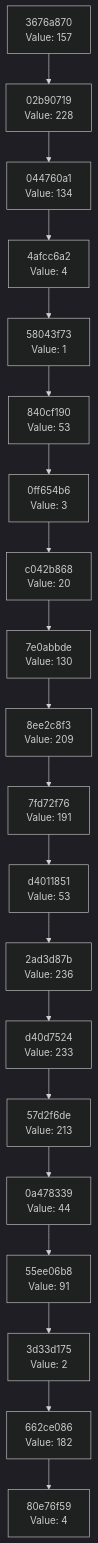
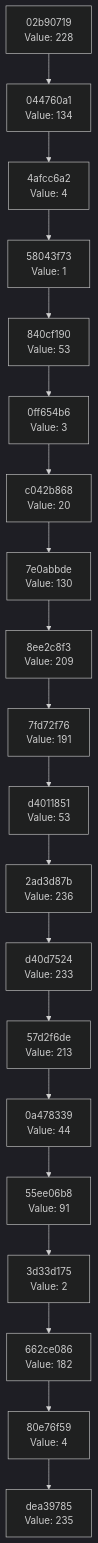
One commit to Abhisheksinha1506/hash-chain-evolver changed the diagram in docs/CHAIN_VISUALIZATION.md. Above: the diagram before and after it, drawn with Mermaid (dark theme). The commit also changed 2 other files, not shown here.

Commit message:
Evolution Step

````diff
--- a/docs/CHAIN_VISUALIZATION.md
+++ b/docs/CHAIN_VISUALIZATION.md
@@ -3,42 +3,42 @@
 ```mermaid
 graph TD
-    C0["80e76f59<br/>Value: 4"]
-    C1["662ce086<br/>Value: 182"]
+    C0["dea39785<br/>Value: 235"]
+    C1["80e76f59<br/>Value: 4"]
     C1 --> C0
-    C2["3d33d175<br/>Value: 2"]
+    C2["662ce086<br/>Value: 182"]
     C2 --> C1
-    C3["55ee06b8<br/>Value: 91"]
+    C3["3d33d175<br/>Value: 2"]
     C3 --> C2
-    C4["0a478339<br/>Value: 44"]
+    C4["55ee06b8<br/>Value: 91"]
     C4 --> C3
-    C5["57d2f6de<br/>Value: 213"]
+    C5["0a478339<br/>Value: 44"]
     C5 --> C4
-    C6["d40d7524<br/>Value: 233"]
+    C6["57d2f6de<br/>Value: 213"]
     C6 --> C5
-    C7["2ad3d87b<br/>Value: 236"]
+    C7["d40d7524<br/>Value: 233"]
     C7 --> C6
-    C8["d4011851<br/>Value: 53"]
+    C8["2ad3d87b<br/>Value: 236"]
     C8 --> C7
-    C9["7fd72f76<br/>Value: 191"]
+    C9["d4011851<br/>Value: 53"]
     C9 --> C8
-    C10["8ee2c8f3<br/>Value: 209"]
+    C10["7fd72f76<br/>Value: 191"]
     C10 --> C9
-    C11["7e0abbde<br/>Value: 130"]
+    C11["8ee2c8f3<br/>Value: 209"]
     C11 --> C10
-    C12["c042b868<br/>Value: 20"]
+    C12["7e0abbde<br/>Value: 130"]
     C12 --> C11
-    C13["0ff654b6<br/>Value: 3"]
+    C13["c042b868<br/>Value: 20"]
     C13 --> C12
-    C14["840cf190<br/>Value: 53"]
+    C14["0ff654b6<br/>Value: 3"]
     C14 --> C13
-    C15["58043f73<br/>Value: 1"]
+    C15["840cf190<br/>Value: 53"]
     C15 --> C14
-    C16["4afcc6a2<br/>Value: 4"]
+    C16["58043f73<br/>Value: 1"]
     C16 --> C15
-    C17["044760a1<br/>Value: 134"]
+    C17["4afcc6a2<br/>Value: 4"]
     C17 --> C16
-    C18["02b90719<br/>Value: 228"]
+    C18["044760a1<br/>Value: 134"]
     C18 --> C17
-    C19["3676a870<br/>Value: 157"]
+    C19["02b90719<br/>Value: 228"]
     C19 --> C18
 ```
````
